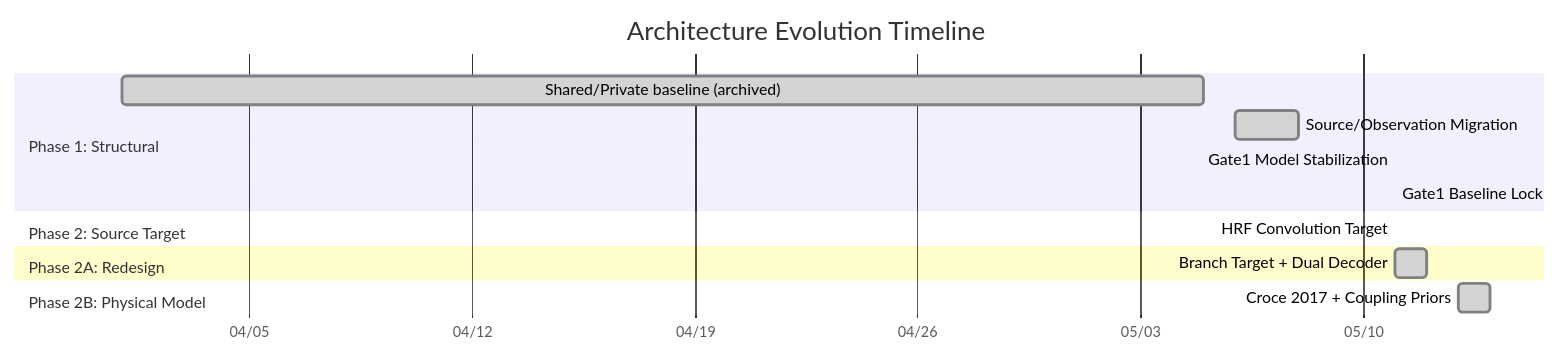
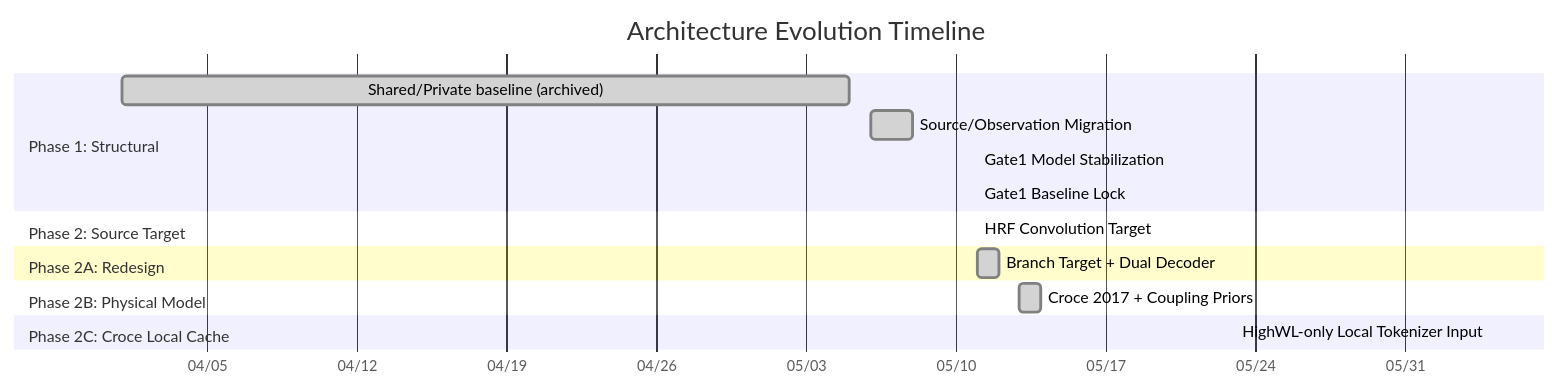
The diagram in docs/architecture_changelog/INDEX.md (Kevin65536/PID-MCM), drawn with Mermaid before and after one commit. The commit also changed other lines of this file and 21 other files, not shown here.

Commit message:
Implement highWL Croce local tokenizer input

````diff
--- a/docs/architecture_changelog/INDEX.md
+++ b/docs/architecture_changelog/INDEX.md
@@ -11,17 +11,19 @@
 ```mermaid
 gantt
     title Architecture Evolution Timeline
     dateFormat  YYYY-MM-DD
     axisFormat  %m/%d
     section Phase 1: Structural
         Shared/Private baseline (archived) :done, 2026-04-01, 2026-05-05
         Source/Observation Migration      :done, 2026-05-06, 2026-05-08
         Gate1 Model Stabilization         :done, 2026-05-11, 2026-05-11
         Gate1 Baseline Lock               :done, 2026-05-11, 2026-05-11
     section Phase 2: Source Target
         HRF Convolution Target            :done, 2026-05-11, 2026-05-11
     section Phase 2A: Redesign
         Branch Target + Dual Decoder      :done, 2026-05-11, 2026-05-12
     section Phase 2B: Physical Model
         Croce 2017 + Coupling Priors      :done, 2026-05-13, 2026-05-14
+    section Phase 2C: Croce Local Cache
+        HighWL-only Local Tokenizer Input :done, 2026-06-04, 2026-06-04
 ```
````
